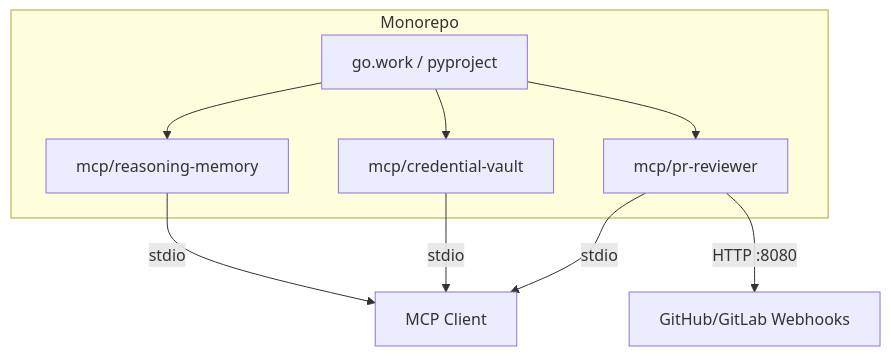
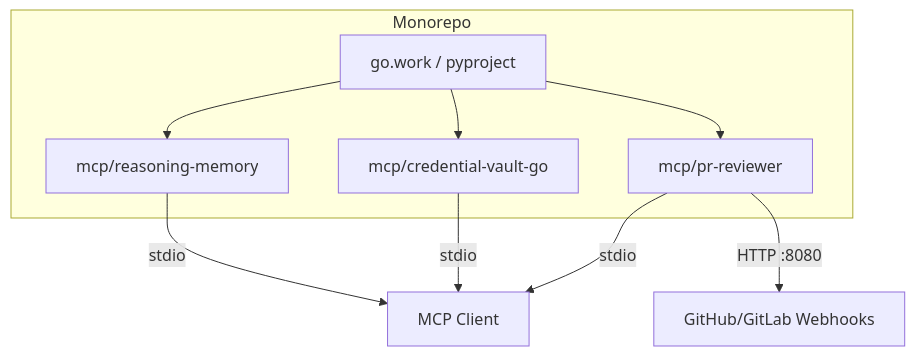
The diagram in README.md (ronaldyuwandika/all-in-one-mcp), drawn with Mermaid before and after one commit. The commit also changed other lines of this file and 24 other files, not shown here.

Commit message:
feat(credential-vault): add secure Go MCP and tooling

````diff
--- a/README.md
+++ b/README.md
@@ -47,12 +47,12 @@
 ```mermaid
 graph TB
     subgraph "Monorepo"
         MW[go.work / pyproject] --> RM[mcp/reasoning-memory]
-        MW --> CV[mcp/credential-vault]
+MW --> CV[mcp/credential-vault-go]
         MW --> PR[mcp/pr-reviewer]
     end
     RM -->|stdio| MCP_C[MCP Client]
     CV -->|stdio| MCP_C
     PR -->|stdio| MCP_C
     PR -->|HTTP :8080| WH[GitHub/GitLab Webhooks]
 ```
````
